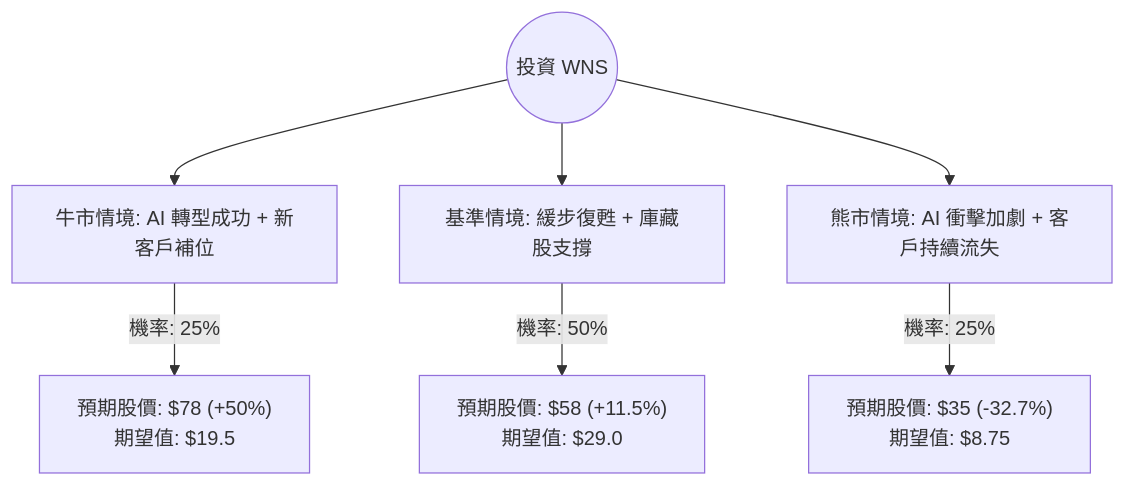
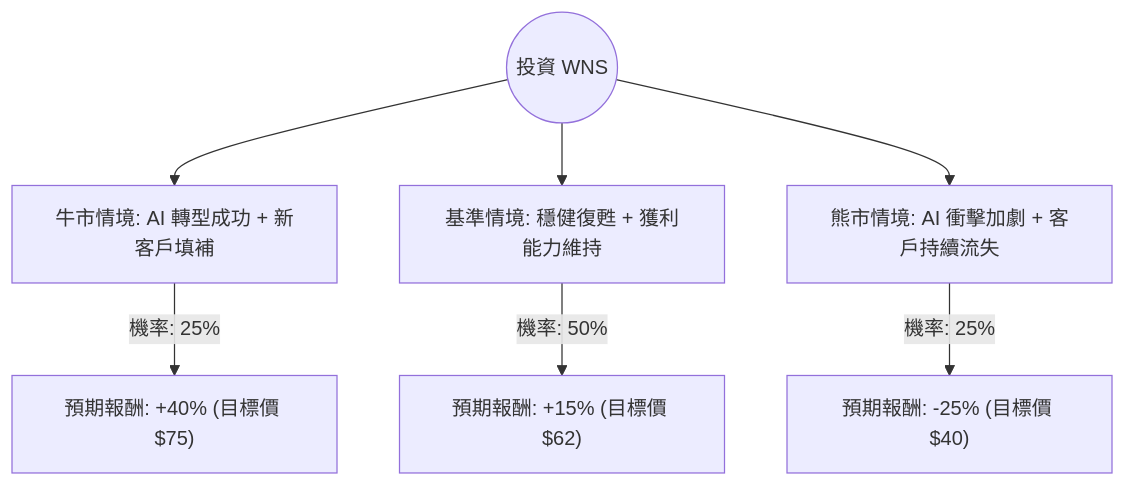
The diagram in plugin-react/ai-analysis/ev-analysis/WNS.md (zmcx16/zmcx16.github.io), drawn with Mermaid before and after one commit. The commit also changed other lines of this file and 80 other files, not shown here.

````diff
--- a/plugin-react/ai-analysis/ev-analysis/WNS.md
+++ b/plugin-react/ai-analysis/ev-analysis/WNS.md
@@ -22,10 +25,10 @@
 ```mermaid
 graph TD
-    Start((投資 WNS)) --> Bull[牛市情境: AI 轉型成功 + 新客戶補位]
-    Start --> Base[基準情境: 緩步復甦 + 庫藏股支撐]
+    Start((投資 WNS)) --> Bull[牛市情境: AI 轉型成功 + 新客戶填補]
+    Start --> Base[基準情境: 穩健復甦 + 獲利能力維持]
     Start --> Bear[熊市情境: AI 衝擊加劇 + 客戶持續流失]
 
-    Bull -- "機率: 25%" --> BullVal["預期股價: $78 (+50%) <br> 期望值: $19.5"]
-    Base -- "機率: 50%" --> BaseVal["預期股價: $58 (+11.5%) <br> 期望值: $29.0"]
-    Bear -- "機率: 25%" --> BearVal["預期股價: $35 (-32.7%) <br> 期望值: $8.75"]
+    Bull -- "機率: 25%" --> Bull_EV["預期報酬: +40% (目標價 $75)"]
+    Base -- "機率: 50%" --> Base_EV["預期報酬: +15% (目標價 $62)"]
+    Bear -- "機率: 25%" --> Bear_EV["預期報酬: -25% (目標價 $40)"]
 ```
````
